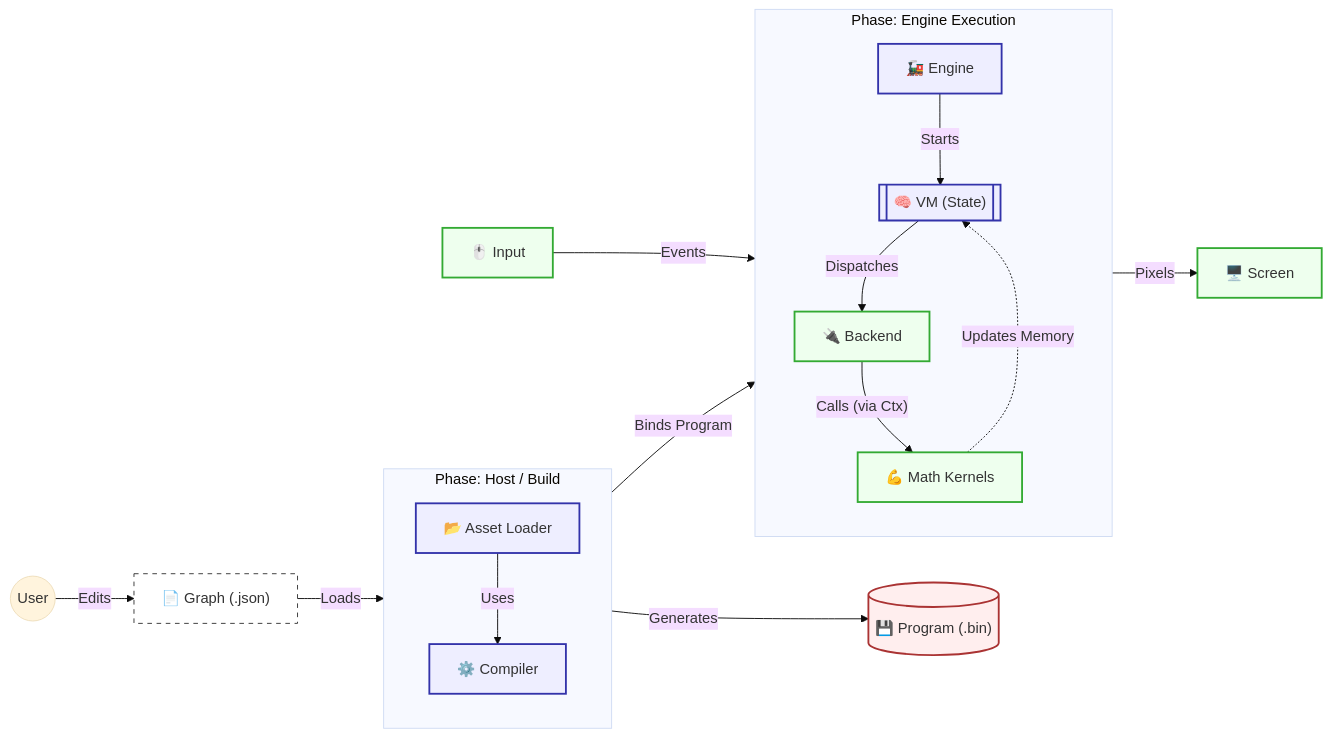
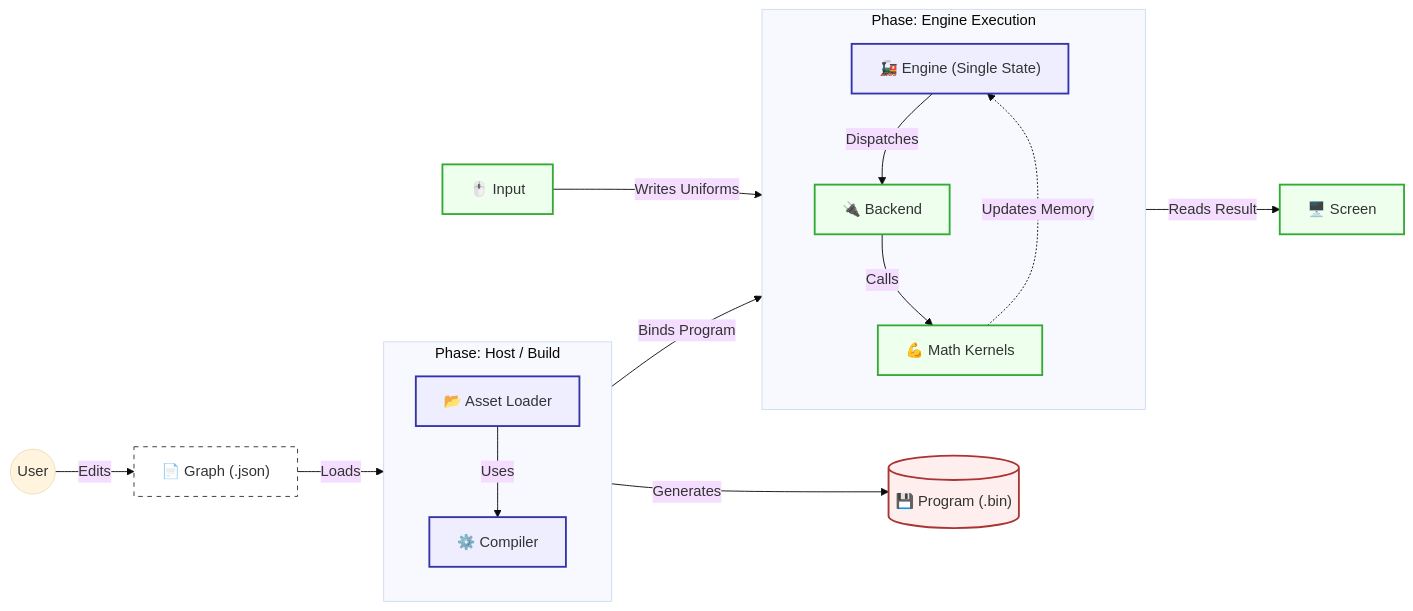
Before and after one commit to BinaryCat17/MathFlow: the first of 2 diagrams in docs/architecture.md, drawn with Mermaid (base theme). The commit also changed other lines of this file and 1 other file, not shown here.

Commit message:
docs: Update architecture and project structure to reflect Single State Engine changes

````diff
--- a/docs/architecture.md
+++ b/docs/architecture.md
@@ -12,48 +13,44 @@
 ```mermaid
 flowchart LR
     %% Styles
     classDef file fill:#fff,stroke:#333,stroke-width:1px,stroke-dasharray: 5 5;
     classDef proc fill:#eef,stroke:#33a,stroke-width:2px;
     classDef memory fill:#fee,stroke:#a33,stroke-width:2px;
     classDef hw fill:#efe,stroke:#3a3,stroke-width:2px;
 
     %% Data
     User((User))
     Source["📄 Graph (.json)"]:::file
     Binary[("💾 Program (.bin)")]:::memory
 
     %% Compilation
     subgraph Build ["Phase: Host / Build"]
         direction TB
         Loader["📂 Asset Loader"]:::proc
         Compiler["⚙️ Compiler"]:::proc
     end
 
     %% Execution
     subgraph Run ["Phase: Engine Execution"]
         direction TB
-        Engine["🚂 Engine"]:::proc
-        VM[["🧠 VM (State)"]]:::proc
+        Engine["🚂 Engine (Single State)"]:::proc
         Backend["🔌 Backend"]:::hw
         Ops["💪 Math Kernels"]:::hw
     end
 
     Input["🖱️ Input"]:::hw
     Screen["🖥️ Screen"]:::hw
 
     %% Flow
     User -- "Edits" --> Source
     Source -- "Loads" --> Loader
     Loader -- "Uses" --> Compiler
     Compiler -- "Generates" --> Binary
     Loader -- "Binds Program" --> Engine
     
-    Engine -- "Starts" --> VM
-    
-    %% The Interactive Loop
-    Input -- "Events" --> VM
-    VM -- "Dispatches" --> Backend
-    Backend -- "Calls (via Ctx)" --> Ops
-    Ops -. "Updates Memory" .-> VM
-    VM -- "Pixels" --> Screen
+    Input -- "Writes Uniforms" --> Engine
+    Engine -- "Dispatches" --> Backend
+    Backend -- "Calls" --> Ops
+    Ops -. "Updates Memory" .-> Engine
+    Engine -- "Reads Result" --> Screen
 ```
````
